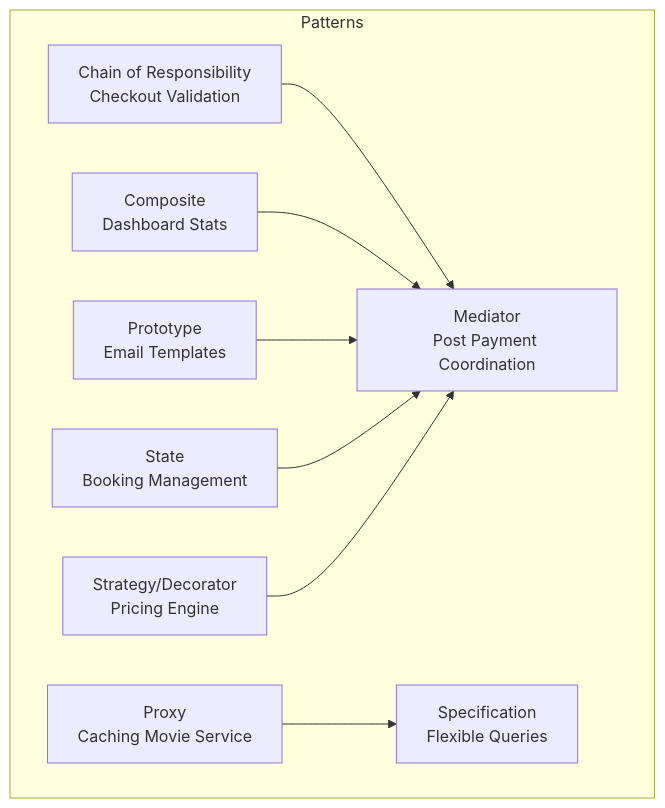
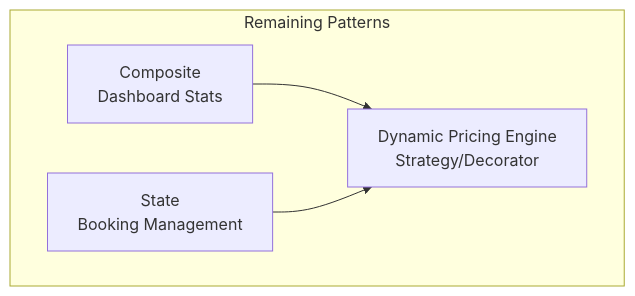
The first of 10 diagrams in .qoder/repowiki/en/content/Design Patterns Implementation/Design Patterns Implementation.md (anhtudayne/Design_Pattern), drawn with Mermaid before and after one commit. The commit also changed other lines of this file and 10 other files, not shown here.

````diff
--- a/.qoder/repowiki/en/content/Design Patterns Implementation/Design Patterns Implementation.md
+++ b/.qoder/repowiki/en/content/Design Patterns Implementation/Design Patterns Implementation.md
@@ -81,19 +78,10 @@
 ```mermaid
 graph TB
-subgraph "Patterns"
-COB["Chain of Responsibility<br/>Checkout Validation"]
-MED["Mediator<br/>Post Payment Coordination"]
-PROX["Proxy<br/>Caching Movie Service"]
-SPEC["Specification<br/>Flexible Queries"]
+subgraph "Remaining Patterns"
 COMP["Composite<br/>Dashboard Stats"]
-PROT["Prototype<br/>Email Templates"]
 STAT["State<br/>Booking Management"]
-STRATDEC["Strategy/Decorator<br/>Pricing Engine"]
+PRICING["Dynamic Pricing Engine<br/>Strategy/Decorator"]
 end
-COB --> MED
-PROX --> SPEC
-COMP --> MED
-PROT --> MED
-STAT --> MED
-STRATDEC --> MED
+COMP --> PRICING
+STAT --> PRICING
 ```
````
